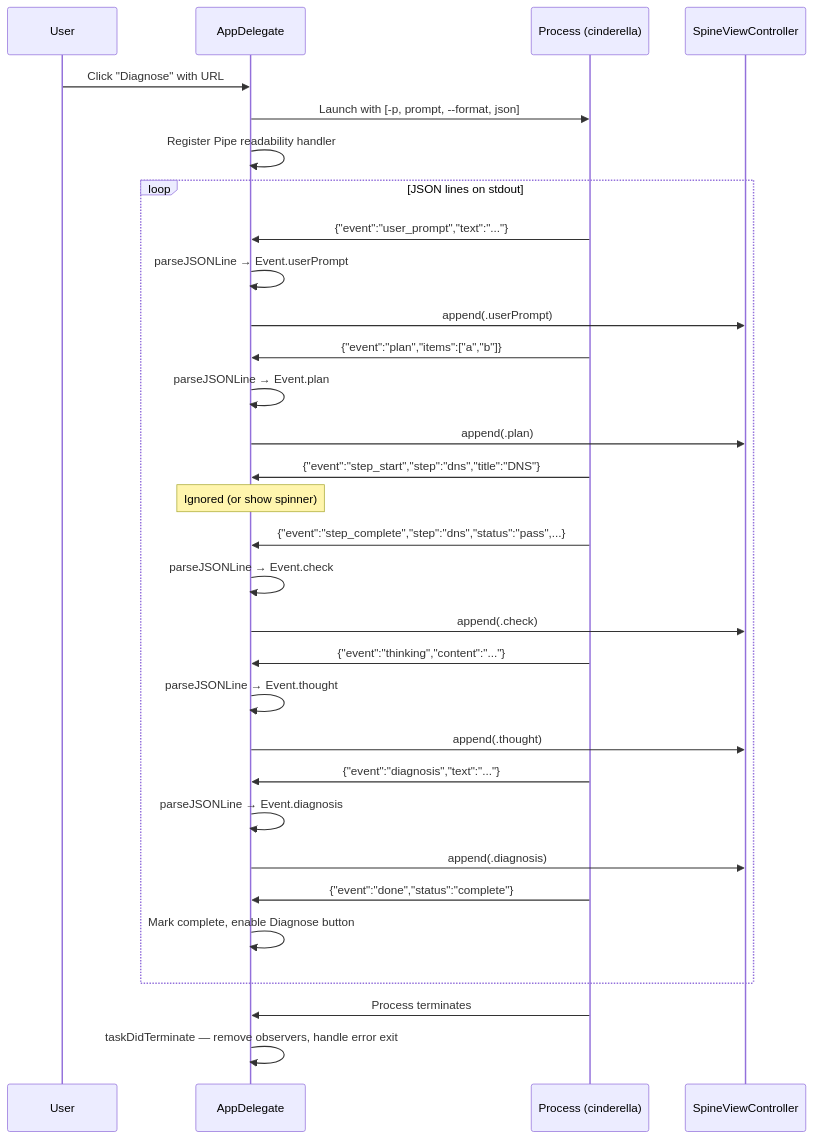
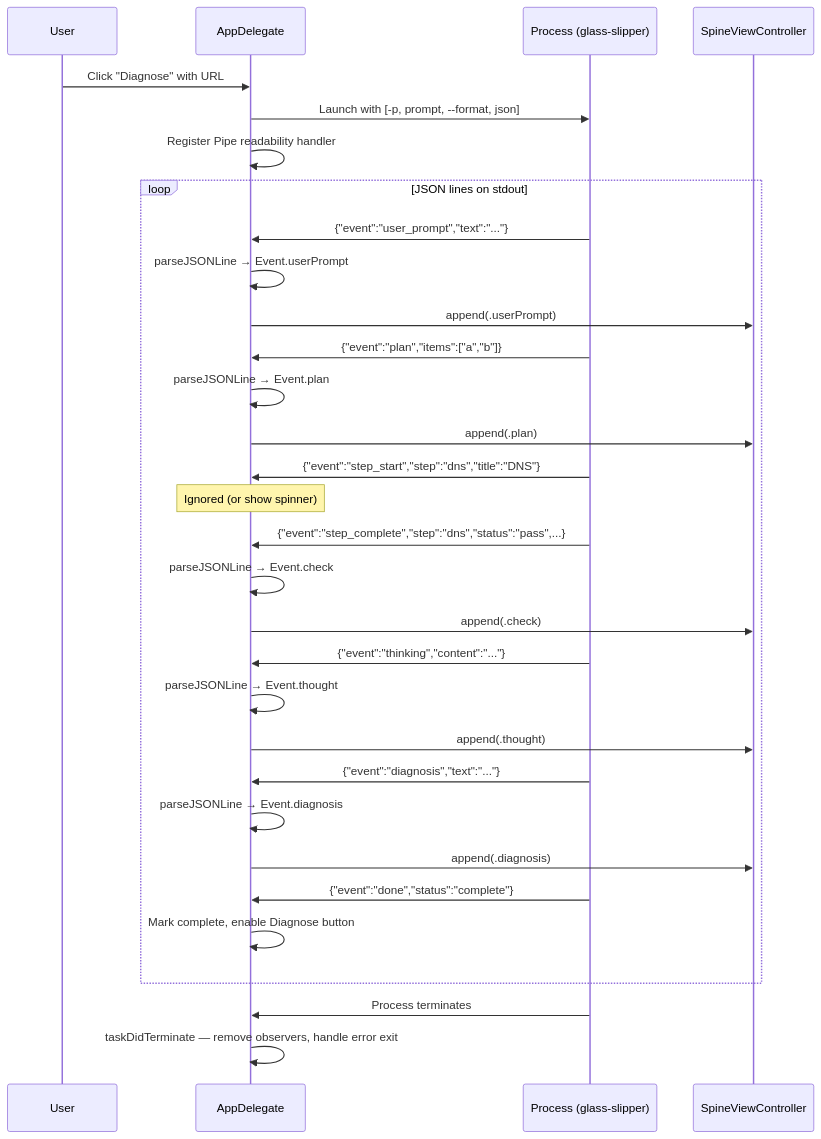
The second of 2 diagrams in docs/plans/beautify.md (robertkarl/cinderella), drawn with Mermaid before and after one commit. The commit also changed other lines of this file and 30 other files, not shown here.

Commit message:
rename: cinderella → glass-slipper across codebase

````diff
--- a/docs/plans/beautify.md
+++ b/docs/plans/beautify.md
@@ -155,42 +155,42 @@
 ```mermaid
 sequenceDiagram
     participant U as User
     participant AD as AppDelegate
-    participant P as Process (cinderella)
+    participant P as Process (glass-slipper)
     participant SVC as SpineViewController
 
     U->>AD: Click "Diagnose" with URL
     AD->>P: Launch with [-p, prompt, --format, json]
     AD->>AD: Register Pipe readability handler
 
     loop JSON lines on stdout
         P->>AD: {"event":"user_prompt","text":"..."}
         AD->>AD: parseJSONLine → Event.userPrompt
         AD->>SVC: append(.userPrompt)
 
         P->>AD: {"event":"plan","items":["a","b"]}
         AD->>AD: parseJSONLine → Event.plan
         AD->>SVC: append(.plan)
 
         P->>AD: {"event":"step_start","step":"dns","title":"DNS"}
         Note over AD: Ignored (or show spinner)
 
         P->>AD: {"event":"step_complete","step":"dns","status":"pass",...}
         AD->>AD: parseJSONLine → Event.check
         AD->>SVC: append(.check)
 
         P->>AD: {"event":"thinking","content":"..."}
         AD->>AD: parseJSONLine → Event.thought
         AD->>SVC: append(.thought)
 
         P->>AD: {"event":"diagnosis","text":"..."}
         AD->>AD: parseJSONLine → Event.diagnosis
         AD->>SVC: append(.diagnosis)
 
         P->>AD: {"event":"done","status":"complete"}
         AD->>AD: Mark complete, enable Diagnose button
     end
 
     P->>AD: Process terminates
     AD->>AD: taskDidTerminate — remove observers, handle error exit
 ```
````
